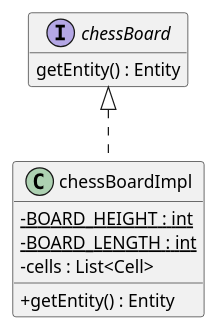
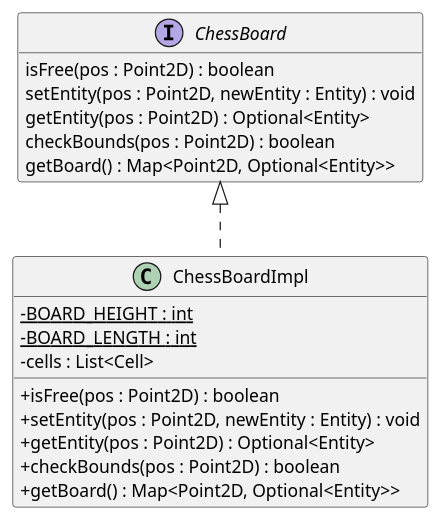
Before and after one commit to Turbo-Chess/Turbo-Chess: the diagram in docs/ChessBoard.puml, drawn with PlantUML. The commit also changed 2 other files, not shown here.

Commit message:
Refactor ChessBoard interface and implementation: update method signatures and return types for better clarity and functionality

```diff
--- a/docs/ChessBoard.puml
+++ b/docs/ChessBoard.puml
@@ -1,20 +1,28 @@
 @startuml
 skinparam classAttributeIconSize 0
 hide empty fields
 hide empty methods
 
-interface chessBoard {
-    getEntity() : Entity
+interface ChessBoard {
+    isFree(pos : Point2D) : boolean
+    setEntity(pos : Point2D, newEntity : Entity) : void
+    getEntity(pos : Point2D) : Optional<Entity>
+    checkBounds(pos : Point2D) : boolean
+    getBoard() : Map<Point2D, Optional<Entity>>
 }
 
-class chessBoardImpl {
+class ChessBoardImpl {
     - {static} BOARD_HEIGHT : int
     - {static} BOARD_LENGTH : int
     - cells : List<Cell>
 
-    + getEntity() : Entity
+    + isFree(pos : Point2D) : boolean
+    + setEntity(pos : Point2D, newEntity : Entity) : void
+    + getEntity(pos : Point2D) : Optional<Entity>
+    + checkBounds(pos : Point2D) : boolean
+    + getBoard() : Map<Point2D, Optional<Entity>>
 }
 
-chessBoard <|.. chessBoardImpl
+ChessBoard <|.. ChessBoardImpl
 
 @enduml
```
